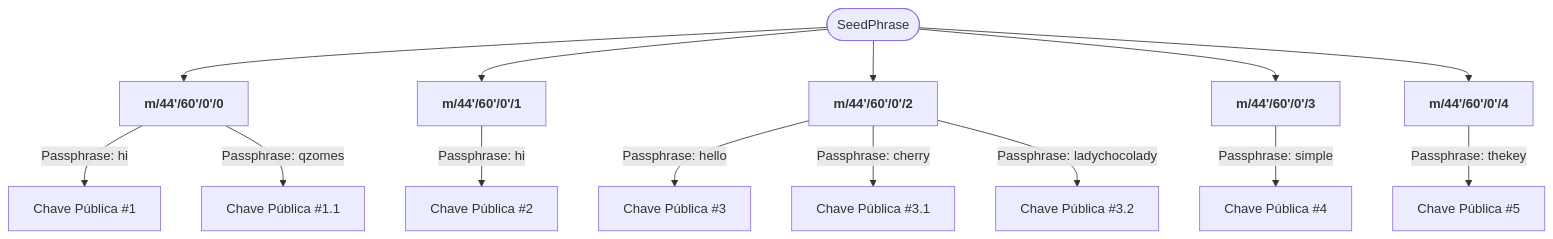
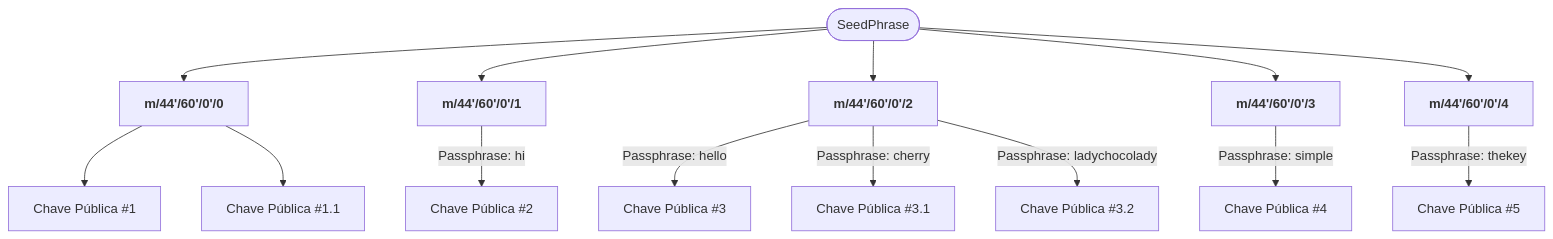
One commit to ColcheteDAO/workshop changed the seventh of 7 diagrams in LetsCoCreate/carteiras.md. Above: the diagram before and after it, drawn with Mermaid.

Commit message:
docs: remove first two passphrases

````diff
--- a/LetsCoCreate/carteiras.md
+++ b/LetsCoCreate/carteiras.md
@@ -94,27 +94,27 @@
 ```mermaid
 flowchart TD
     n17@{ label: "<strong>m/44'/60'/0'/4</strong>" } -- "<span style=padding-left:><span style=padding-left:>Passphrase: thekey</span></span>" --> B@{ label: "<span style=\"padding-left:\"><span style=\"padding-left:\"><span style=\"padding-left:\"><span style=\"padding-left:\">Chave Pública #5</span></span></span></span>" }
     A(["SeedPhrase"]) -- <br> --> n1@{ label: "<span style=\"padding-left:\"><strong>m/44'/60'/0'/0</strong></span>" } & n2@{ label: "<span style=\"padding-left:\"><span style=\"padding-left:\"><strong>m/44'/60'/0'/1</strong></span></span>" } & n15@{ label: "<span style=\"padding-left:\"><span style=\"padding-left:\"><span style=\"padding-left:\"><strong>m/44'/60'/0'/2</strong></span></span></span>" } & n16@{ label: "<span style=\"padding-left:\"><span style=\"padding-left:\"><span style=\"padding-left:\"><span style=\"padding-left:\"><strong>m/44'/60'/0'/3</strong></span></span></span></span>" }
     A --> n17
-    n1 -- Passphrase: hi --> n18@{ label: "<span style=\"padding-left:\">Chave Pública #1</span>" }
-    n1 -- "<span style=padding-left:>Passphrase: qzomes</span>" --> n22@{ label: "<span style=\"padding-left:\"><span style=\"padding-left:\">Chave Pública #1.1</span></span>" }
+    n1 --> n18@{ label: "<span style=\"padding-left:\">Chave Pública #1</span>" }
+    n1 --> n22@{ label: "<span style=\"padding-left:\"><span style=\"padding-left:\">Chave Pública #1.1</span></span>" }
     n2 -- "<span style=padding-left:><span style=padding-left:>Passphrase: hi</span></span>" --> n19@{ label: "<span style=\"padding-left:\"><span style=\"padding-left:\">Chave Pública #2</span></span>" }
     n15 -- "<span style=padding-left:><span style=padding-left:>Passphrase: hello</span></span>" --> n20@{ label: "<span style=\"padding-left:\"><span style=\"padding-left:\"><span style=\"padding-left:\">Chave Pública #3</span></span></span>" }
     n16 -- "<span style=padding-left:><span style=padding-left:>Passphrase: simple</span></span>" --> n21@{ label: "<span style=\"padding-left:\"><span style=\"padding-left:\"><span style=\"padding-left:\"><span style=\"padding-left:\">Chave Pública #4</span></span></span></span>" }
     n15 -- "<span style=padding-left:><span style=padding-left:><span style=padding-left:>Passphrase: cherry</span></span></span>" --> n23@{ label: "<span style=\"padding-left:\"><span style=\"padding-left:\"><span style=\"padding-left:\"><span style=\"padding-left:\">Chave Pública #3.1</span></span></span></span>" }
     n15 -- "<span style=padding-left:><span style=padding-left:><span style=padding-left:><span style=padding-left:>Passphrase: ladychocolady</span></span></span></span>" --> n24@{ label: "<span style=\"padding-left:\"><span style=\"padding-left:\"><span style=\"padding-left:\"><span style=\"padding-left:\"><span style=\"padding-left:\">Chave Pública #3.2</span></span></span></span></span>" }
 
     n17@{ shape: rect}
     B@{ shape: rect}
     n1@{ shape: rect}
     n2@{ shape: rect}
     n15@{ shape: rect}
     n16@{ shape: rect}
     n18@{ shape: rect}
     n22@{ shape: rect}
     n19@{ shape: rect}
     n20@{ shape: rect}
     n21@{ shape: rect}
     n23@{ shape: rect}
     n24@{ shape: rect}
 ```
````
